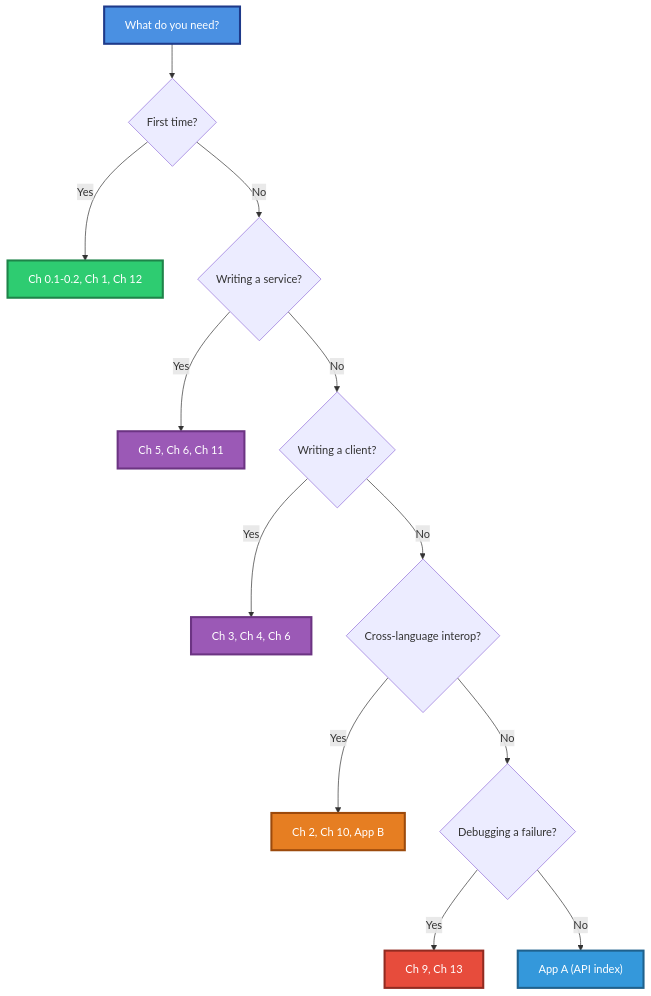
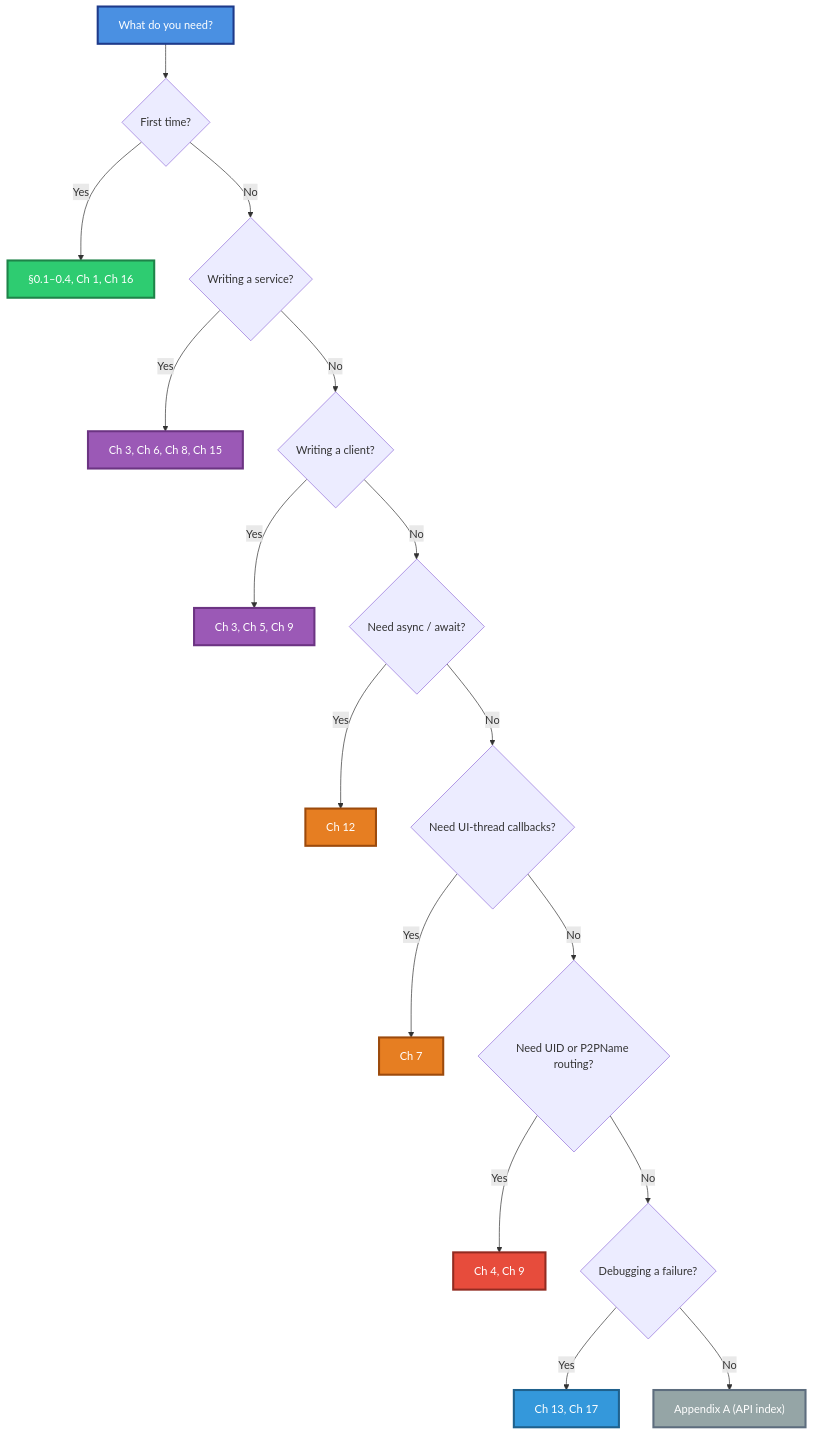
One commit to PassByYou888/LingoFuse changed the first of 3 diagrams in csharp/LingoFuse_CSharp_Complete_Guide.md. Above: the diagram before and after it, drawn with Mermaid. The commit also changed other lines of this file and 78 other files, not shown here.

````diff
--- a/csharp/LingoFuse_CSharp_Complete_Guide.md
+++ b/csharp/LingoFuse_CSharp_Complete_Guide.md
@@ -75,22 +152,28 @@
 ```mermaid
 flowchart TD
     Start["What do you need?"] --> Q1{"First time?"}
-    Q1 -- "Yes" --> R1["Ch 0.1-0.2, Ch 1, Ch 12"]
+    Q1 -- "Yes" --> R1["§0.1–0.4, Ch 1, Ch 16"]
     Q1 -- "No" --> Q2{"Writing a service?"}
-    Q2 -- "Yes" --> R2["Ch 5, Ch 6, Ch 11"]
+    Q2 -- "Yes" --> R2["Ch 3, Ch 6, Ch 8, Ch 15"]
     Q2 -- "No" --> Q3{"Writing a client?"}
-    Q3 -- "Yes" --> R3["Ch 3, Ch 4, Ch 6"]
-    Q3 -- "No" --> Q4{"Cross-language interop?"}
-    Q4 -- "Yes" --> R4["Ch 2, Ch 10, App B"]
-    Q4 -- "No" --> Q5{"Debugging a failure?"}
-    Q5 -- "Yes" --> R5["Ch 9, Ch 13"]
-    Q5 -- "No" --> R6["App A (API index)"]
+    Q3 -- "Yes" --> R3["Ch 3, Ch 5, Ch 9"]
+    Q3 -- "No" --> Q4{"Need async / await?"}
+    Q4 -- "Yes" --> R4["Ch 12"]
+    Q4 -- "No" --> Q5{"Need UI-thread callbacks?"}
+    Q5 -- "Yes" --> R5["Ch 7"]
+    Q5 -- "No" --> Q6{"Need UID or P2PName routing?"}
+    Q6 -- "Yes" --> R6["Ch 4, Ch 9"]
+    Q6 -- "No" --> Q7{"Debugging a failure?"}
+    Q7 -- "Yes" --> R7["Ch 13, Ch 17"]
+    Q7 -- "No" --> R8["Appendix A (API index)"]
 
     style Start fill:#4A90E2,stroke:#1E3A8A,stroke-width:3px,color:#FFFFFF
     style R1 fill:#2ECC71,stroke:#1E8449,stroke-width:3px,color:#FFFFFF
     style R2 fill:#9B59B6,stroke:#6C3483,stroke-width:3px,color:#FFFFFF
     style R3 fill:#9B59B6,stroke:#6C3483,stroke-width:3px,color:#FFFFFF
     style R4 fill:#E67E22,stroke:#9C4A0C,stroke-width:3px,color:#FFFFFF
-    style R5 fill:#E74C3C,stroke:#922B21,stroke-width:3px,color:#FFFFFF
-    style R6 fill:#3498DB,stroke:#1F618D,stroke-width:3px,color:#FFFFFF
+    style R5 fill:#E67E22,stroke:#9C4A0C,stroke-width:3px,color:#FFFFFF
+    style R6 fill:#E74C3C,stroke:#922B21,stroke-width:3px,color:#FFFFFF
+    style R7 fill:#3498DB,stroke:#1F618D,stroke-width:3px,color:#FFFFFF
+    style R8 fill:#95A5A6,stroke:#5D6D7E,stroke-width:3px,color:#FFFFFF
 ```
````
